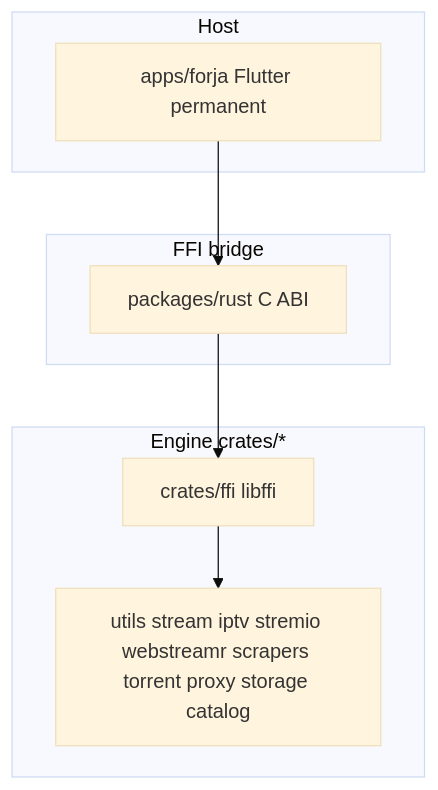
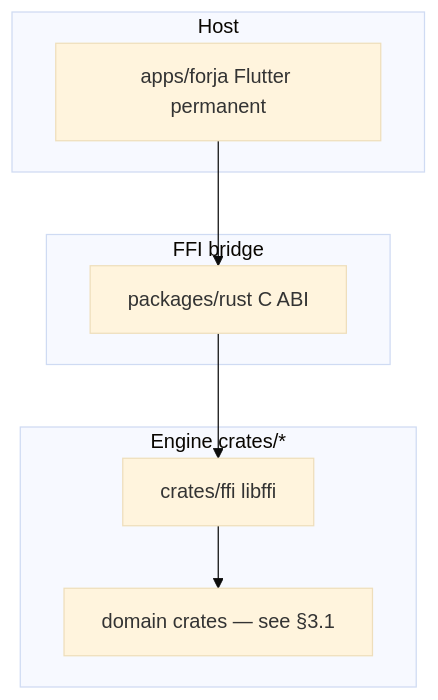
Before and after one commit to mGhassen/Forja: the first of 3 diagrams in docs/ARCHITECTURE.md, drawn with Mermaid (base theme). The commit also changed other lines of this file and 39 other files, not shown here.

````diff
--- a/docs/ARCHITECTURE.md
+++ b/docs/ARCHITECTURE.md
@@ -28,15 +30,15 @@
 ```mermaid
 flowchart TB
   subgraph host [Host]
     Flutter["apps/forja Flutter permanent"]
   end
   subgraph bridge [FFI bridge]
     DartFFI["packages/rust C ABI"]
   end
   subgraph engine [Engine crates/*]
     FFICrate["crates/ffi libffi"]
-    Domain["utils stream iptv stremio webstreamr scrapers torrent proxy storage catalog"]
+    Domain["domain crates — see §3.1"]
     FFICrate --> Domain
   end
   Flutter --> DartFFI --> FFICrate
 ```
````
